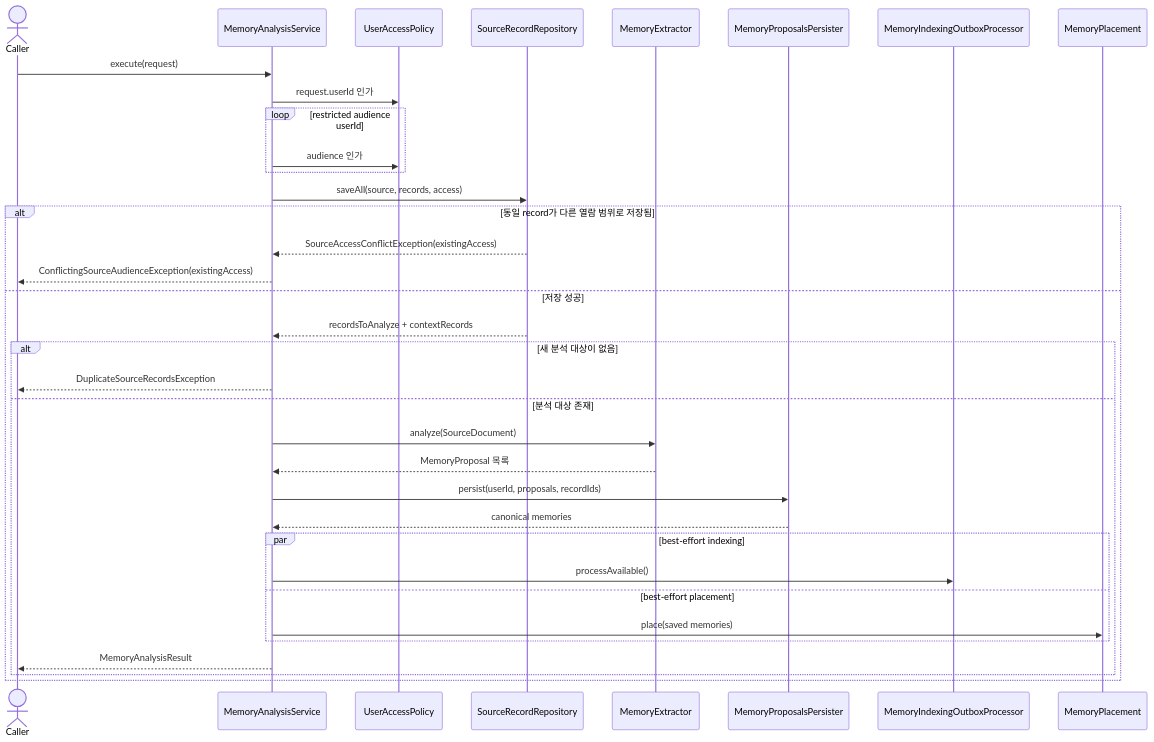
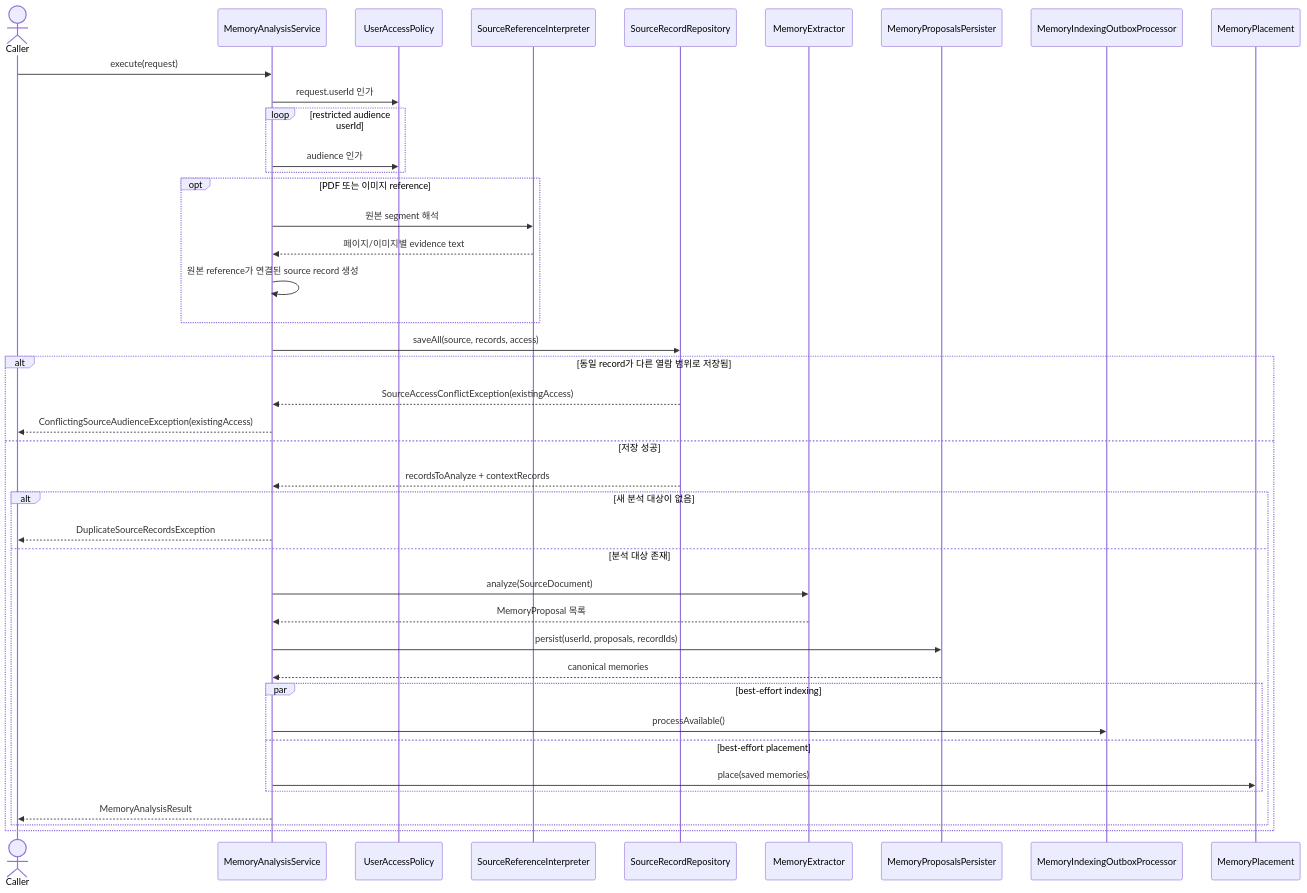
One commit to magenta1223/home_assistant changed the second of 2 diagrams in application/src/main/kotlin/com/homeassistant/application/usecase/memory/analysis/README.md. Above: the diagram before and after it, drawn with Mermaid. The commit also changed other lines of this file and 27 other files, not shown here.

Commit message:
Add PDF and image evidence references

````diff
--- a/application/src/main/kotlin/com/homeassistant/application/usecase/memory/analysis/README.md
+++ b/application/src/main/kotlin/com/homeassistant/application/usecase/memory/analysis/README.md
@@ -35,38 +35,44 @@
 ```mermaid
 sequenceDiagram
     actor Caller
     participant Analysis as MemoryAnalysisService
     participant Access as UserAccessPolicy
+    participant Reference as SourceReferenceInterpreter
     participant Sources as SourceRecordRepository
     participant Extractor as MemoryExtractor
     participant Persister as MemoryProposalsPersister
     participant Indexing as MemoryIndexingOutboxProcessor
     participant Placement as MemoryPlacement
 
     Caller->>Analysis: execute(request)
     Analysis->>Access: request.userId 인가
     loop restricted audience userId
         Analysis->>Access: audience 인가
+    end
+    opt PDF 또는 이미지 reference
+        Analysis->>Reference: 원본 segment 해석
+        Reference-->>Analysis: 페이지/이미지별 evidence text
+        Analysis->>Analysis: 원본 reference가 연결된 source record 생성
     end
     Analysis->>Sources: saveAll(source, records, access)
     alt 동일 record가 다른 열람 범위로 저장됨
         Sources-->>Analysis: SourceAccessConflictException(existingAccess)
         Analysis-->>Caller: ConflictingSourceAudienceException(existingAccess)
     else 저장 성공
         Sources-->>Analysis: recordsToAnalyze + contextRecords
         alt 새 분석 대상이 없음
             Analysis-->>Caller: DuplicateSourceRecordsException
         else 분석 대상 존재
             Analysis->>Extractor: analyze(SourceDocument)
             Extractor-->>Analysis: MemoryProposal 목록
             Analysis->>Persister: persist(userId, proposals, recordIds)
             Persister-->>Analysis: canonical memories
             par best-effort indexing
                 Analysis->>Indexing: processAvailable()
             and best-effort placement
                 Analysis->>Placement: place(saved memories)
             end
             Analysis-->>Caller: MemoryAnalysisResult
         end
     end
 ```
````
